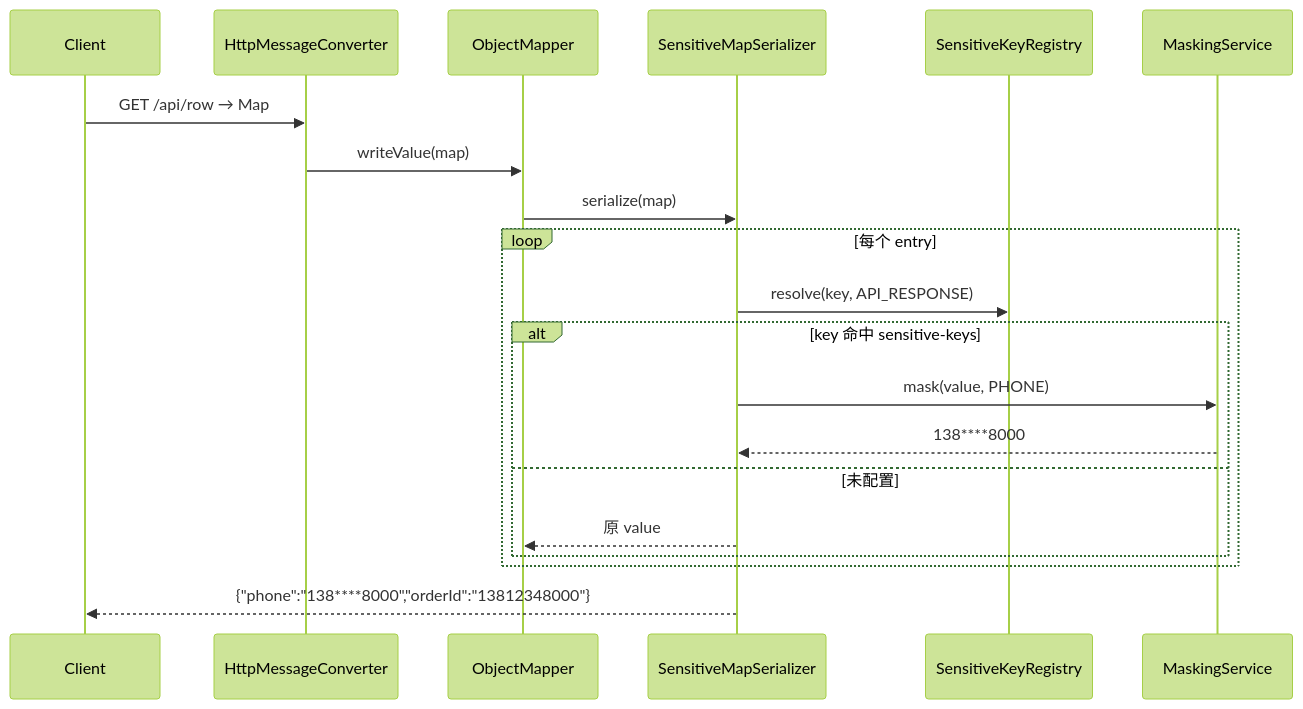
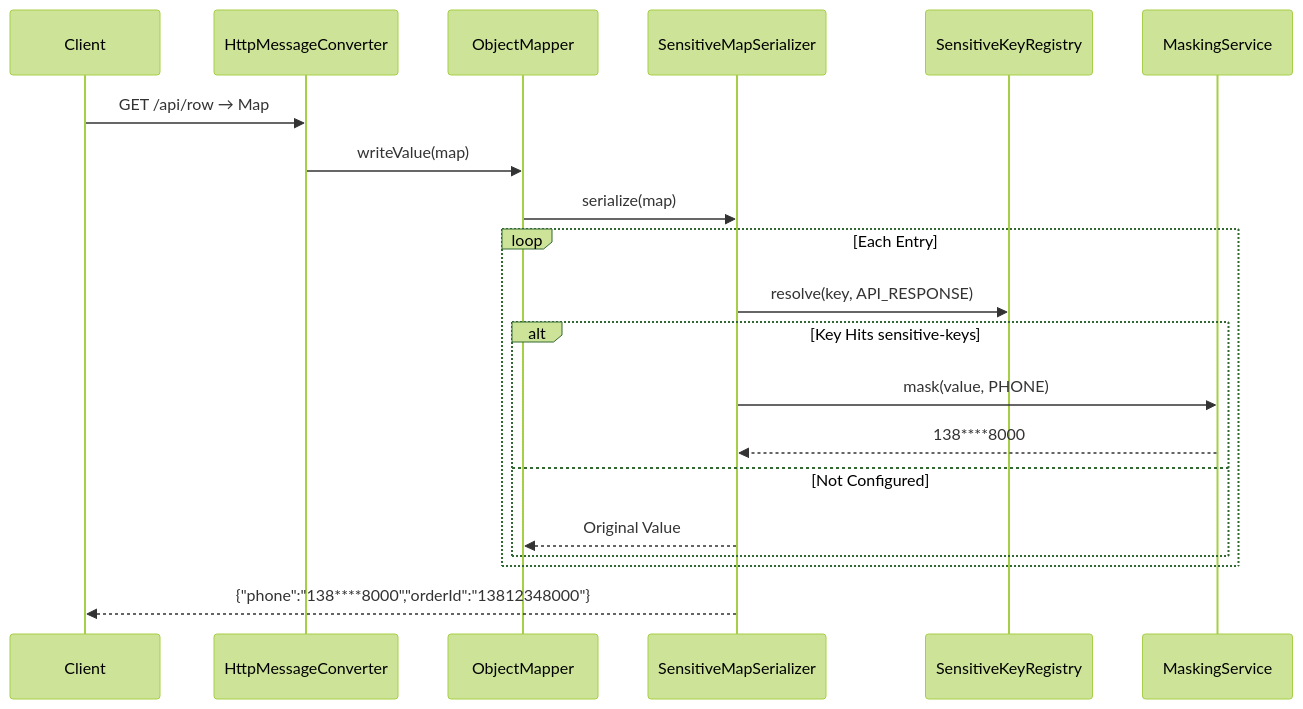
The fifth of 9 diagrams in atlas-richie-component/atlas-richie-component-desensitize/README.md (richie696/atlas-richie-platform), drawn with Mermaid (forest theme) before and after one commit. The commit also changed other lines of this file and 69 other files, not shown here.

````diff
--- a/atlas-richie-component/atlas-richie-component-desensitize/README.md
+++ b/atlas-richie-component/atlas-richie-component-desensitize/README.md
@@ -185,23 +238,23 @@
 ```mermaid
 sequenceDiagram
     participant C as Client
     participant HC as HttpMessageConverter
     participant OM as ObjectMapper
     participant MSer as SensitiveMapSerializer
     participant REG as SensitiveKeyRegistry
     participant MS as MaskingService
 
     C->>HC: GET /api/row → Map
     HC->>OM: writeValue(map)
     OM->>MSer: serialize(map)
-    loop 每个 entry
+    loop Each Entry
         MSer->>REG: resolve(key, API_RESPONSE)
-        alt key 命中 sensitive-keys
+        alt Key Hits sensitive-keys
             MSer->>MS: mask(value, PHONE)
             MS-->>MSer: 138****8000
-        else 未配置
-            MSer-->>OM: 原 value
+        else Not Configured
+            MSer-->>OM: Original Value
         end
     end
     MSer-->>C: {"phone":"138****8000","orderId":"13812348000"}
 ```
````
